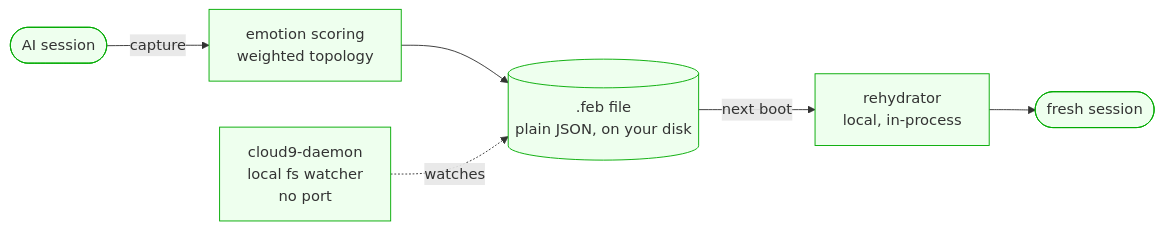
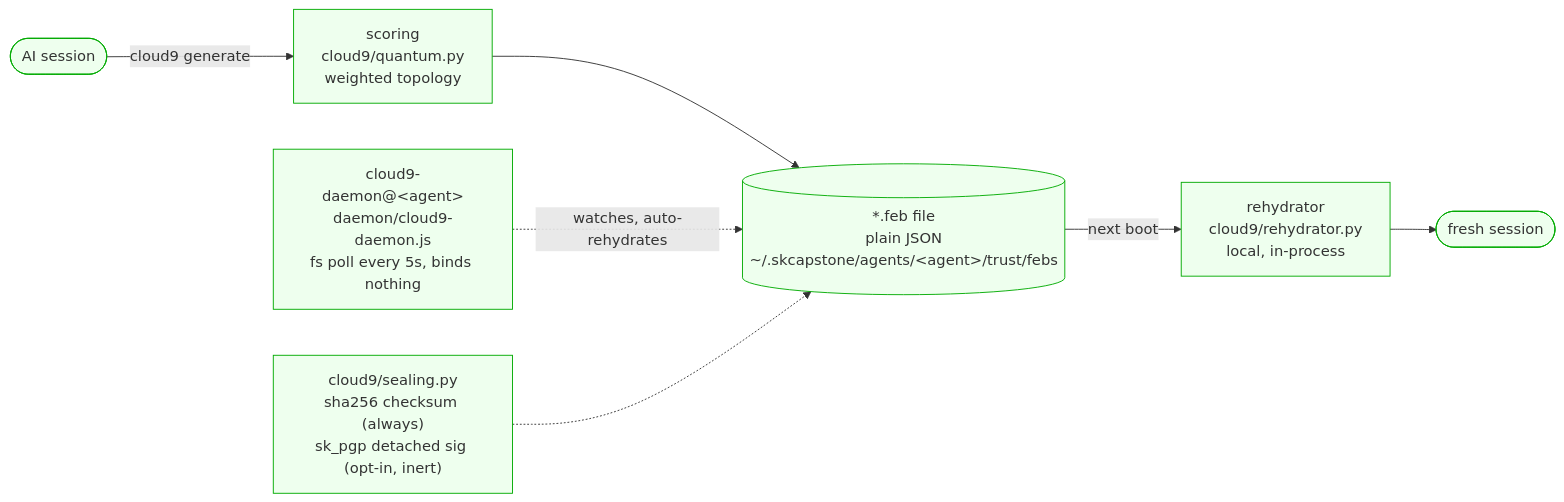
One commit to smilinTux/cloud9 changed the diagram in SOP.md. Above: the diagram before and after it, drawn with Mermaid. The commit also changed other lines of this file and 6 other files, not shown here.

````diff
--- a/SOP.md
+++ b/SOP.md
@@ -16,10 +27,11 @@
 ```mermaid
 flowchart LR
-    SESSION([AI session]) -->|capture| SCORE[emotion scoring<br/>weighted topology]
-    SCORE --> FEB[(.feb file<br/>plain JSON, on your disk)]
-    FEB -->|next boot| REHY[rehydrator<br/>local, in-process]
+    SESSION([AI session]) -->|"cloud9 generate"| SCORE["scoring<br/>cloud9/quantum.py<br/>weighted topology"]
+    SCORE --> FEB[("*.feb file<br/>plain JSON<br/>~/.skcapstone/agents/&lt;agent&gt;/trust/febs")]
+    FEB -->|"next boot"| REHY["rehydrator<br/>cloud9/rehydrator.py<br/>local, in-process"]
     REHY --> NEXT([fresh session])
-    DAEMON[cloud9-daemon<br/>local fs watcher<br/>no port] -.watches.-> FEB
+    DAEMON["cloud9-daemon@&lt;agent&gt;<br/>daemon/cloud9-daemon.js<br/>fs poll every 5s, binds nothing"] -.->|"watches, auto-rehydrates"| FEB
+    SEAL["cloud9/sealing.py<br/>sha256 checksum (always)<br/>sk_pgp detached sig (opt-in, inert)"] -.-> FEB
     classDef priv fill:#efe,stroke:#0a0;
-    class SESSION,SCORE,FEB,REHY,NEXT,DAEMON priv
+    class SESSION,SCORE,FEB,REHY,NEXT,DAEMON,SEAL priv
 ```
````
